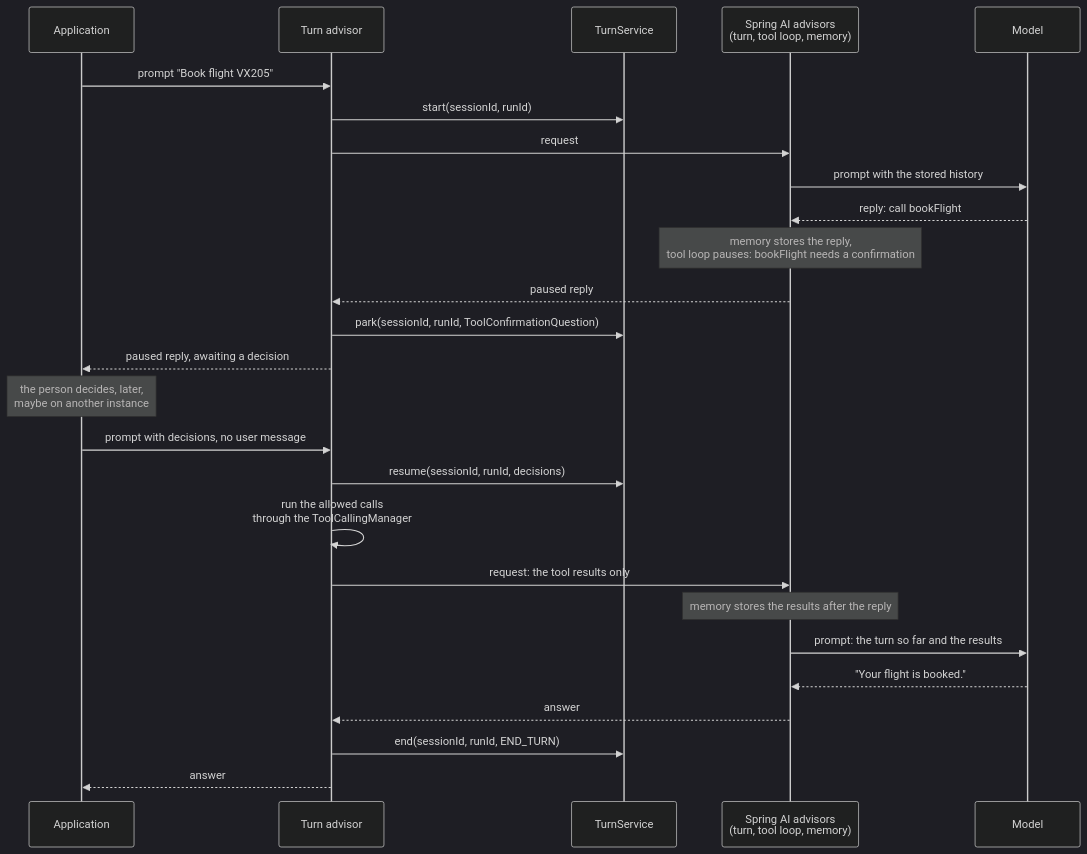
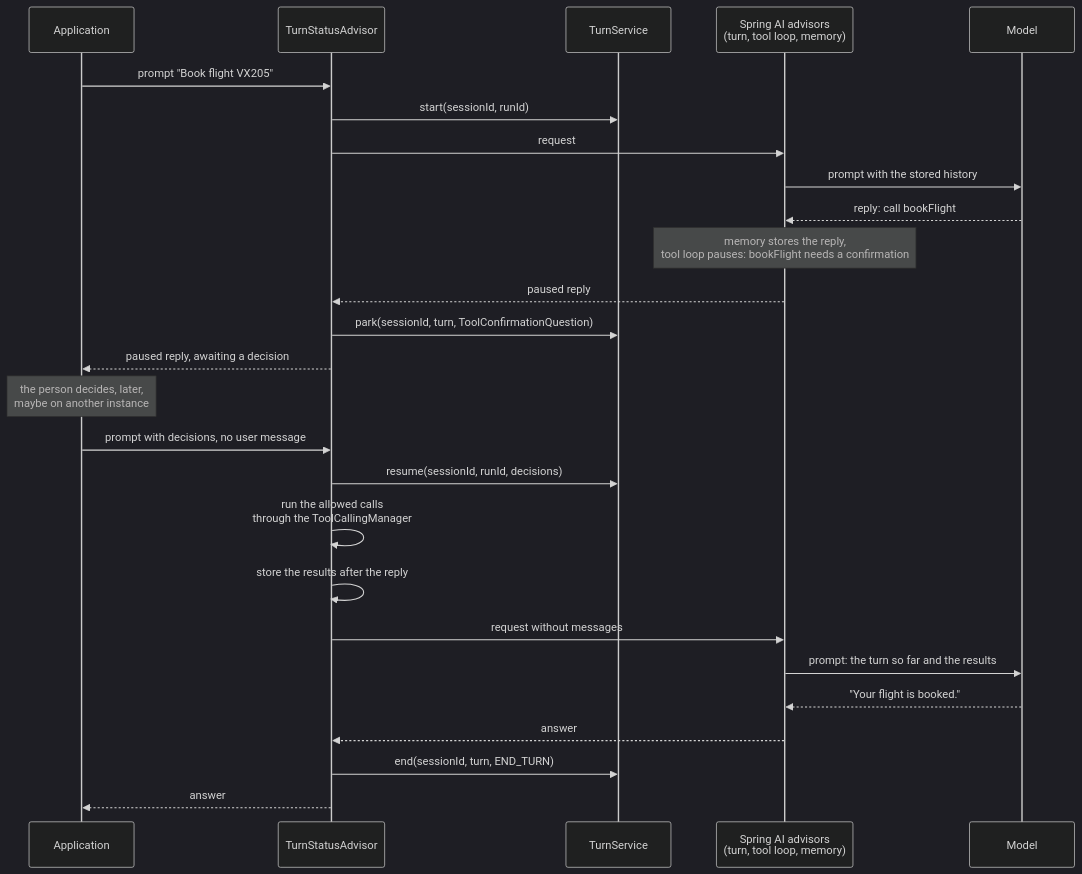
Before and after one commit to sobychacko/spring-ai-session-extensions: the first of 2 diagrams in docs/turn/chat-client.md, drawn with Mermaid (dark theme). The commit also changed other lines of this file and 21 other files, not shown here.

````diff
--- a/docs/turn/chat-client.md
+++ b/docs/turn/chat-client.md
@@ -39,31 +118,31 @@
 ```mermaid
 sequenceDiagram
     participant A as Application
-    participant T as Turn advisor
+    participant T as TurnStatusAdvisor
     participant TS as TurnService
     participant S as Spring AI advisors<br/>(turn, tool loop, memory)
     participant M as Model
 
     A->>T: prompt "Book flight VX205"
     T->>TS: start(sessionId, runId)
     T->>S: request
     S->>M: prompt with the stored history
     M-->>S: reply: call bookFlight
     Note over S: memory stores the reply,<br/>tool loop pauses: bookFlight needs a confirmation
     S-->>T: paused reply
-    T->>TS: park(sessionId, runId, ToolConfirmationQuestion)
+    T->>TS: park(sessionId, turn, ToolConfirmationQuestion)
     T-->>A: paused reply, awaiting a decision
 
     Note over A: the person decides, later,<br/>maybe on another instance
 
     A->>T: prompt with decisions, no user message
     T->>TS: resume(sessionId, runId, decisions)
     T->>T: run the allowed calls<br/>through the ToolCallingManager
-    T->>S: request: the tool results only
-    Note over S: memory stores the results after the reply
+    T->>T: store the results after the reply
+    T->>S: request without messages
     S->>M: prompt: the turn so far and the results
     M-->>S: "Your flight is booked."
     S-->>T: answer
-    T->>TS: end(sessionId, runId, END_TURN)
+    T->>TS: end(sessionId, turn, END_TURN)
     T-->>A: answer
 ```
````
